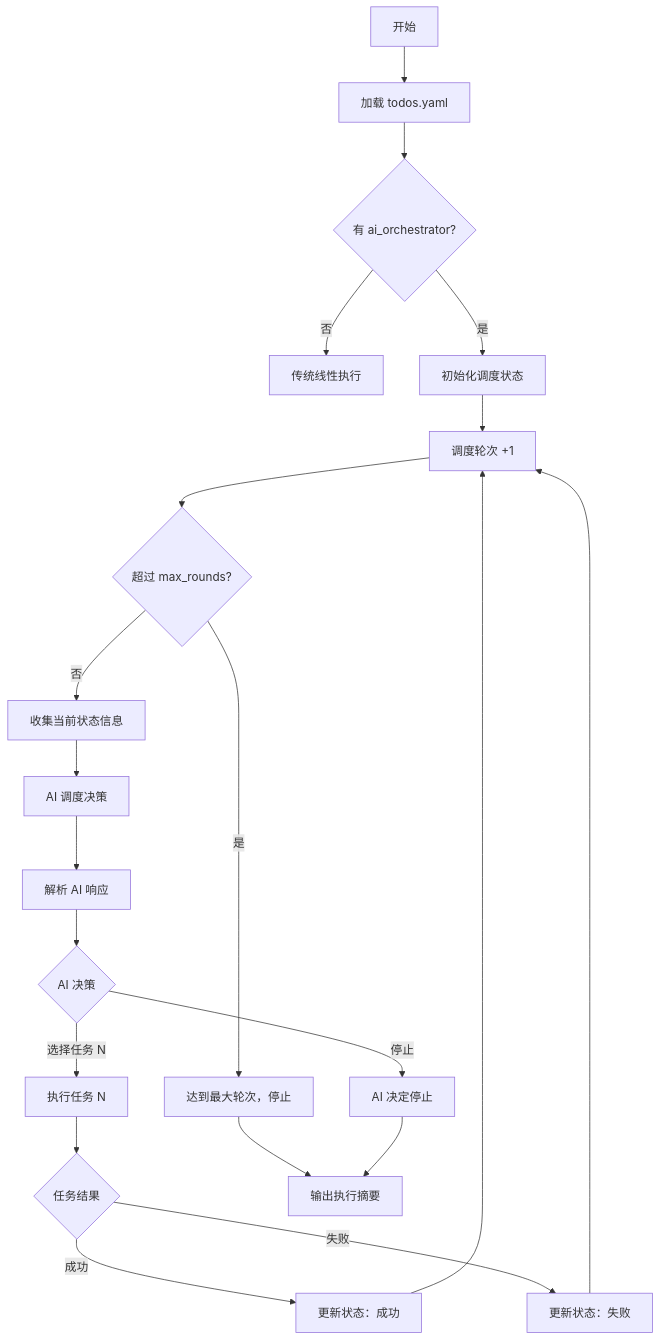
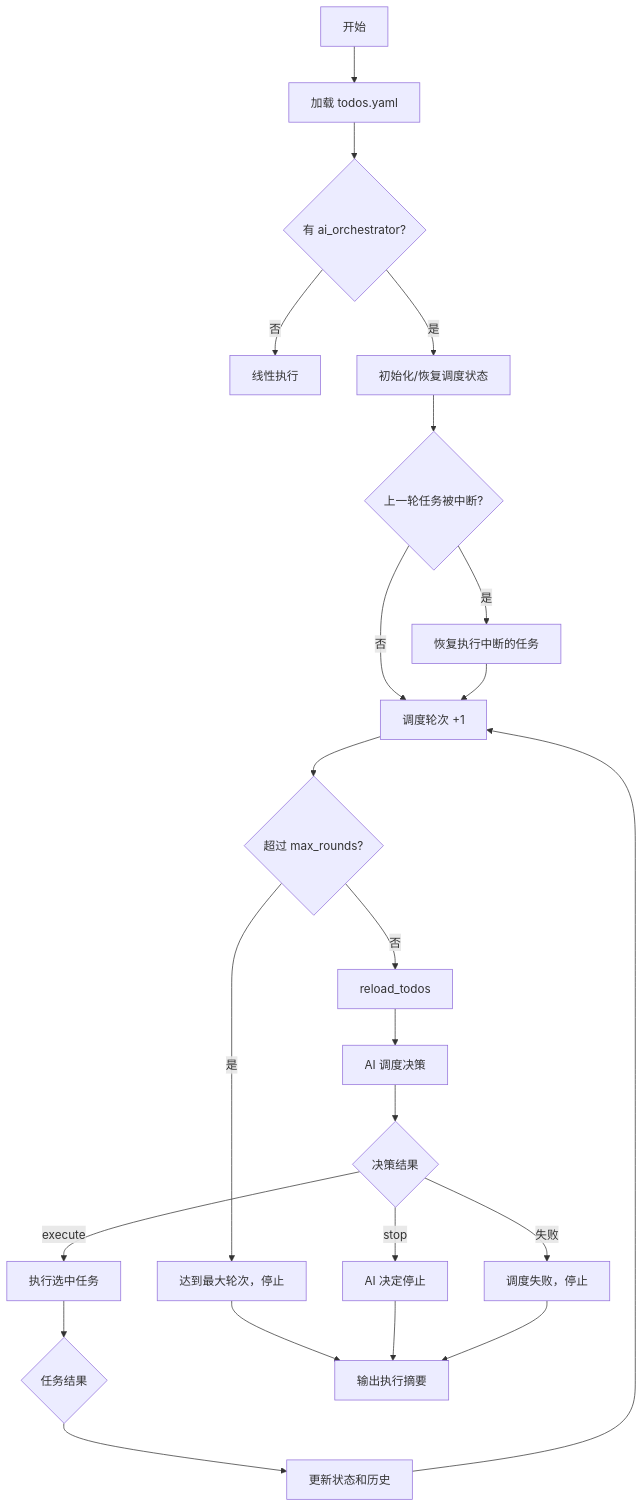
The diagram in doc/ai_orchestrator/DESIGN.md (fxdgg/autoagent), drawn with Mermaid before and after one commit. The commit also changed other lines of this file, not shown here.

````diff
--- a/doc/ai_orchestrator/DESIGN.md
+++ b/doc/ai_orchestrator/DESIGN.md
@@ -208,29 +146,31 @@
 ```mermaid
 graph TD
     START[开始] --> LOAD[加载 todos.yaml]
     LOAD --> CHECK{有 ai_orchestrator?}
-    CHECK -->|否| LINEAR[传统线性执行]
-    CHECK -->|是| INIT[初始化调度状态]
+    CHECK -->|否| LINEAR[线性执行]
+    CHECK -->|是| INIT[初始化/恢复调度状态]
 
-    INIT --> ROUND[调度轮次 +1]
-    ROUND --> MAX_CHECK{超过 max_rounds?}
+    INIT --> RESUME{上一轮任务被中断?}
+    RESUME -->|是| RESUME_TASK[恢复执行中断的任务]
+    RESUME -->|否| ROUND
+    RESUME_TASK --> ROUND
+
+    ROUND[调度轮次 +1] --> MAX_CHECK{超过 max_rounds?}
     MAX_CHECK -->|是| DONE_MAX[达到最大轮次，停止]
 
-    MAX_CHECK -->|否| GATHER[收集当前状态信息]
-    GATHER --> AI_DECIDE[AI 调度决策]
-    AI_DECIDE --> PARSE[解析 AI 响应]
+    MAX_CHECK -->|否| RELOAD[reload_todos]
+    RELOAD --> AI_DECIDE[AI 调度决策]
+    AI_DECIDE --> PARSE{决策结果}
 
-    PARSE --> DECISION{AI 决策}
-    DECISION -->|选择任务 N| EXEC[执行任务 N]
-    DECISION -->|停止| DONE_AI[AI 决定停止]
+    PARSE -->|execute| EXEC[执行选中任务]
+    PARSE -->|stop| DONE_AI[AI 决定停止]
+    PARSE -->|失败| DONE_FAIL[调度失败，停止]
 
     EXEC --> RESULT{任务结果}
-    RESULT -->|成功| UPDATE_OK[更新状态：成功]
-    RESULT -->|失败| UPDATE_FAIL[更新状态：失败]
-
-    UPDATE_OK --> ROUND
-    UPDATE_FAIL --> ROUND
+    RESULT --> UPDATE[更新状态和历史]
+    UPDATE --> ROUND
 
     DONE_MAX --> SUMMARY[输出执行摘要]
     DONE_AI --> SUMMARY
+    DONE_FAIL --> SUMMARY
 ```
````
